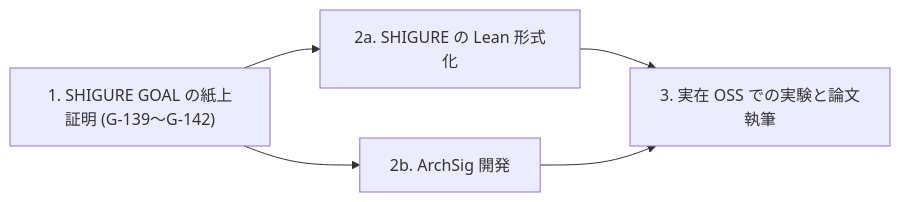
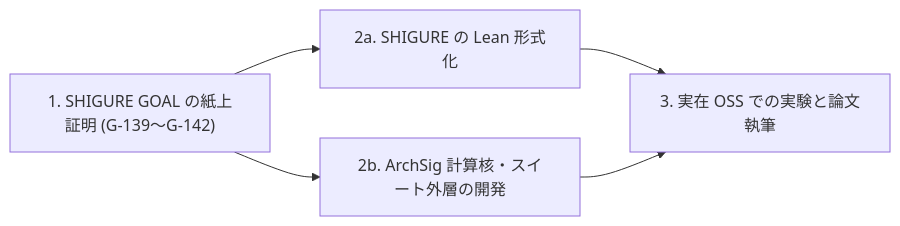
Before and after one commit to iroha1203/AlgebraicArchitectureTheoryV2: the second of 2 diagrams in docs/note/n1021_unified_tool_suite_rising_sea.md, drawn with Mermaid. The commit also changed other lines of this file, not shown here.

````diff
--- a/docs/note/n1021_unified_tool_suite_rising_sea.md
+++ b/docs/note/n1021_unified_tool_suite_rising_sea.md
@@ -257,7 +257,7 @@
 ```mermaid
 flowchart LR
   S1["1. SHIGURE GOAL の紙上証明 (G-139〜G-142)"] --> S2A["2a. SHIGURE の Lean 形式化"]
-  S1 --> S2B["2b. ArchSig 開発"]
+  S1 --> S2B["2b. ArchSig 計算核・スイート外層の開発"]
   S2A --> S3["3. 実在 OSS での実験と論文執筆"]
   S2B --> S3
 ```
````
